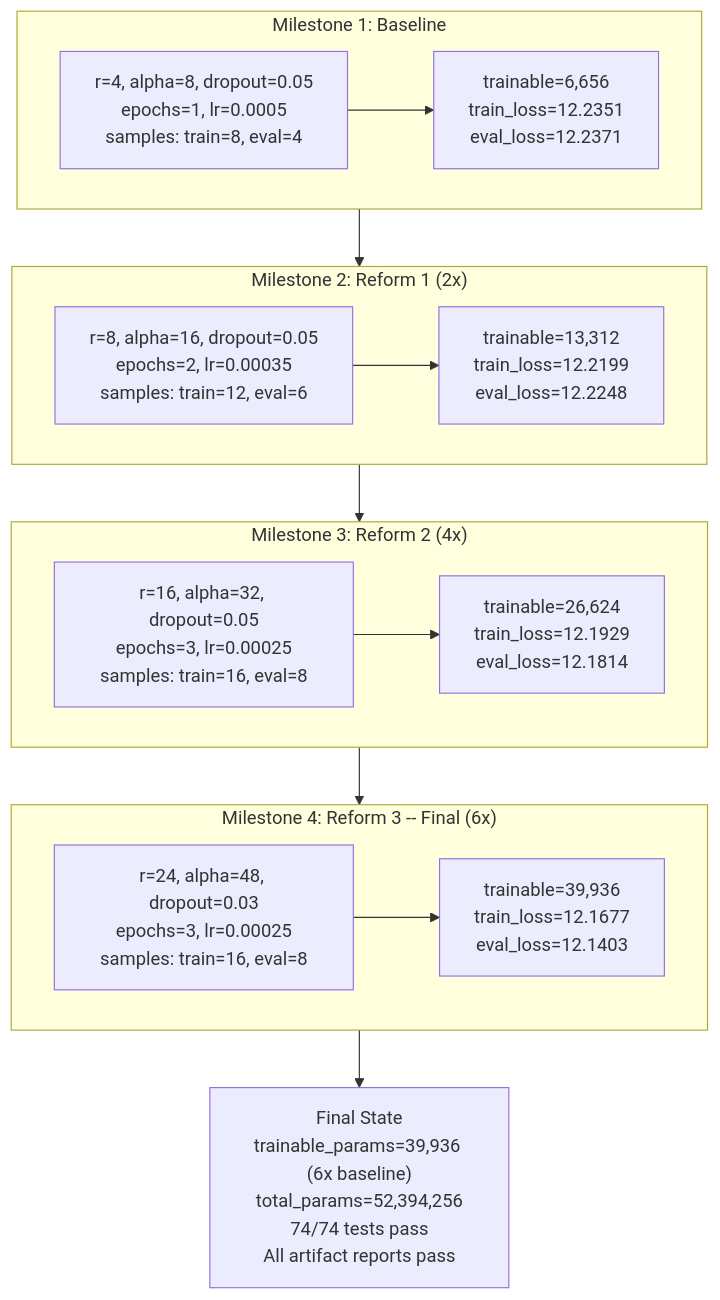
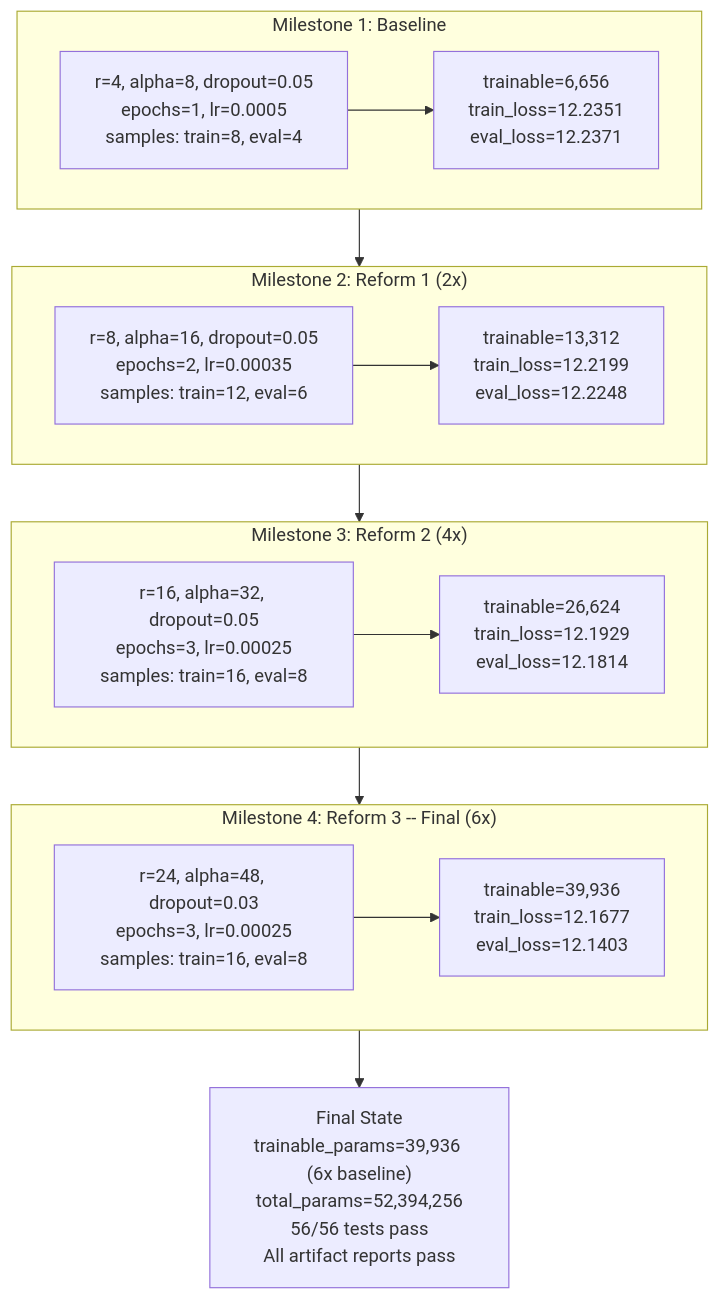
Before and after one commit to DeepThinkingFlow/DeepThinkingFlow-AI: diagram 12 of 14 in README.md, drawn with Mermaid. The commit also changed other lines of this file and 39 other files, not shown here.

````diff
--- a/README.md
+++ b/README.md
@@ -1265,30 +1057,30 @@
 ```mermaid
 flowchart TD
     subgraph M1["Milestone 1: Baseline"]
         M1C["r=4, alpha=8, dropout=0.05<br/>epochs=1, lr=0.0005<br/>samples: train=8, eval=4"]
         M1R["trainable=6,656<br/>train_loss=12.2351<br/>eval_loss=12.2371"]
         M1C --> M1R
     end
 
     subgraph M2["Milestone 2: Reform 1 (2x)"]
         M2C["r=8, alpha=16, dropout=0.05<br/>epochs=2, lr=0.00035<br/>samples: train=12, eval=6"]
         M2R["trainable=13,312<br/>train_loss=12.2199<br/>eval_loss=12.2248"]
         M2C --> M2R
     end
 
     subgraph M3["Milestone 3: Reform 2 (4x)"]
         M3C["r=16, alpha=32, dropout=0.05<br/>epochs=3, lr=0.00025<br/>samples: train=16, eval=8"]
         M3R["trainable=26,624<br/>train_loss=12.1929<br/>eval_loss=12.1814"]
         M3C --> M3R
     end
 
     subgraph M4["Milestone 4: Reform 3 -- Final (6x)"]
         M4C["r=24, alpha=48, dropout=0.03<br/>epochs=3, lr=0.00025<br/>samples: train=16, eval=8"]
         M4R["trainable=39,936<br/>train_loss=12.1677<br/>eval_loss=12.1403"]
         M4C --> M4R
     end
 
     M1 --> M2 --> M3 --> M4
 
-    M4 --> FINAL["Final State<br/>trainable_params=39,936 (6x baseline)<br/>total_params=52,394,256<br/>74/74 tests pass<br/>All artifact reports pass"]
+    M4 --> FINAL["Final State<br/>trainable_params=39,936 (6x baseline)<br/>total_params=52,394,256<br/>56/56 tests pass<br/>All artifact reports pass"]
 ```
````
